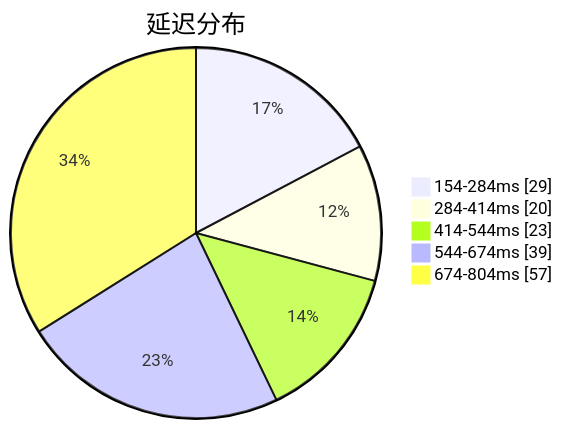
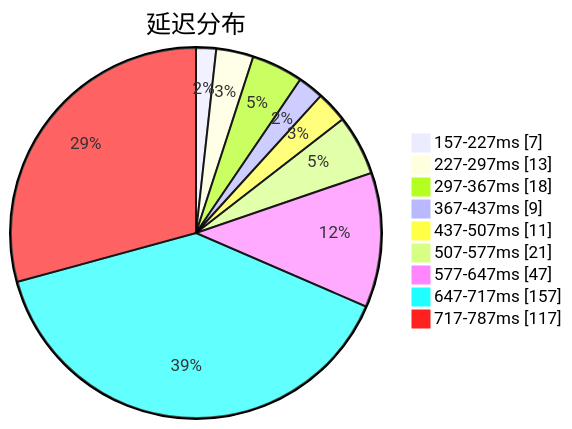
One commit to qjlxg/airport changed the first of 3 diagrams in subs/statistics/tested_within.md. Above: the diagram before and after it, drawn with Mermaid. The commit also changed other lines of this file and 2 other files, not shown here.

````diff
--- a/subs/statistics/tested_within.md
+++ b/subs/statistics/tested_within.md
@@ -2,9 +2,13 @@
 ```mermaid
 pie showData
 title 延迟分布
-"154-284ms" : 29
-"284-414ms" : 20
-"414-544ms" : 23
-"544-674ms" : 39
-"674-804ms" : 57
+"157-227ms" : 7
+"227-297ms" : 13
+"297-367ms" : 18
+"367-437ms" : 9
+"437-507ms" : 11
+"507-577ms" : 21
+"577-647ms" : 47
+"647-717ms" : 157
+"717-787ms" : 117
 ```
````
